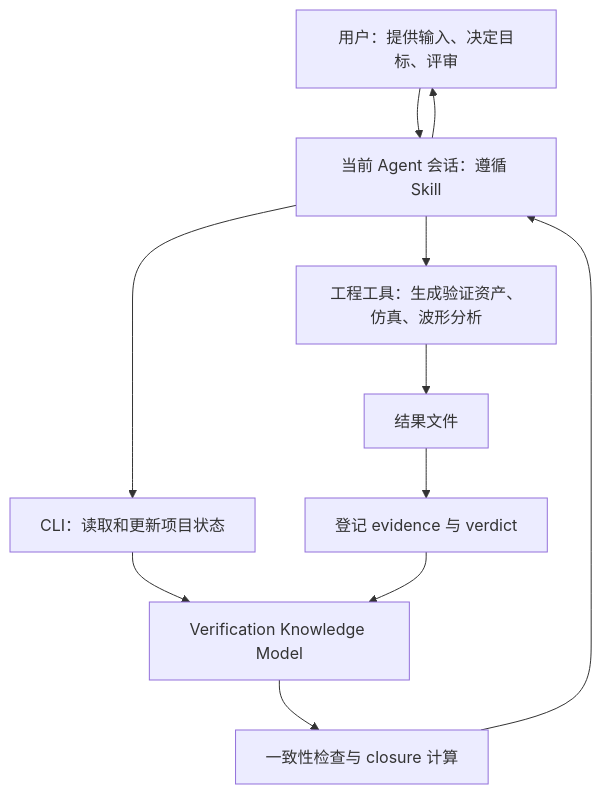
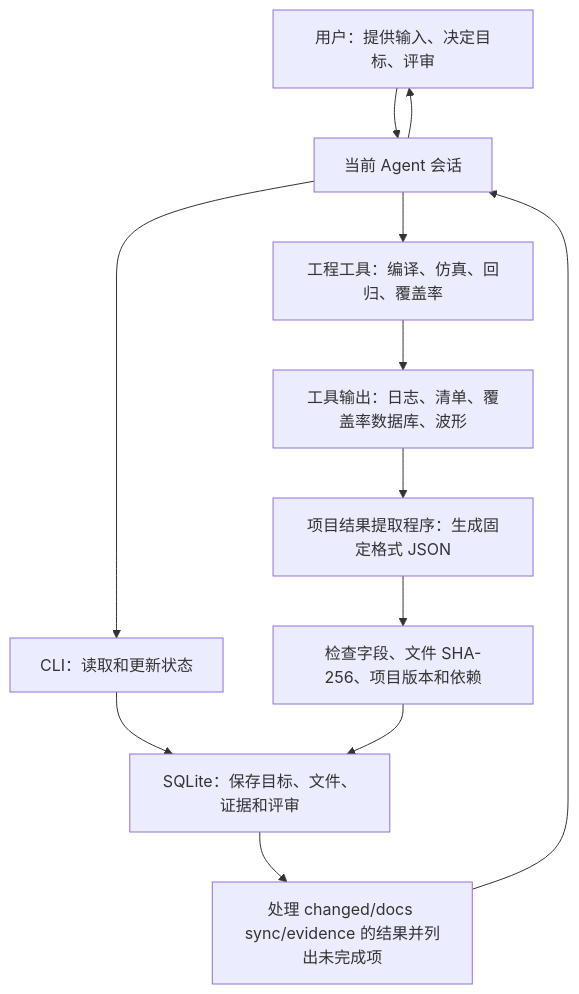
One commit to dummy11/verif-harness changed the diagram in skills/verif-harness/docs/mechanism.md. Above: the diagram before and after it, drawn with Mermaid. The commit also changed other lines of this file and 39 other files, not shown here.

Commit message:
feat: enforce workstream evidence closure

````diff
--- a/skills/verif-harness/docs/mechanism.md
+++ b/skills/verif-harness/docs/mechanism.md
@@ -14,13 +17,14 @@
 ```mermaid
 flowchart TD
-    U[用户：提供输入、决定目标、评审] --> A[当前 Agent 会话：遵循 Skill]
-    A --> C[CLI：读取和更新项目状态]
-    C --> K[Verification Knowledge Model]
-    K --> E[一致性检查与 closure 计算]
+    U[用户：提供输入、决定目标、评审] --> A[当前 Agent 会话]
+    A --> C[CLI：读取和更新状态]
+    C --> K[SQLite：保存目标、文件、证据和评审]
+    K --> E[处理 changed/docs sync/evidence 的结果并列出未完成项]
     E --> A
-    A --> T[工程工具：生成验证资产、仿真、波形分析]
-    T --> R[结果文件]
-    R --> P[登记 evidence 与 verdict]
+    A --> T[工程工具：编译、仿真、回归、覆盖率]
+    T --> R[工具输出：日志、清单、覆盖率数据库、波形]
+    R --> X[项目结果提取程序：生成固定格式 JSON]
+    X --> P[检查字段、文件 SHA-256、项目版本和依赖]
     P --> K
     A --> U
 ```
````
